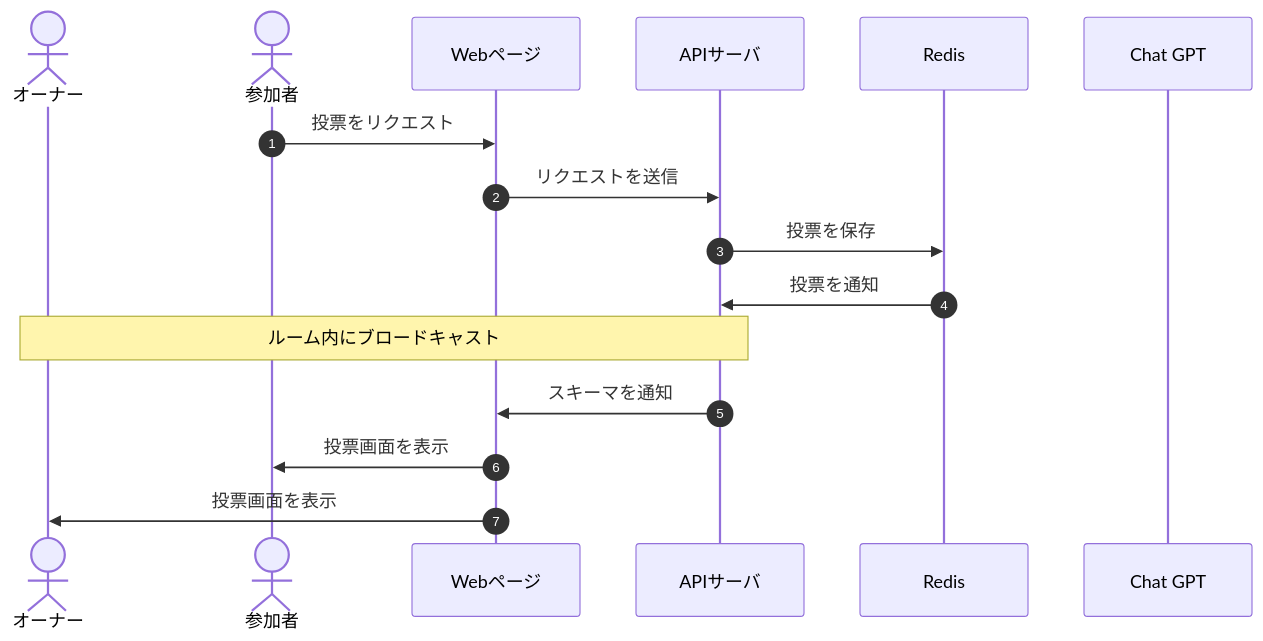
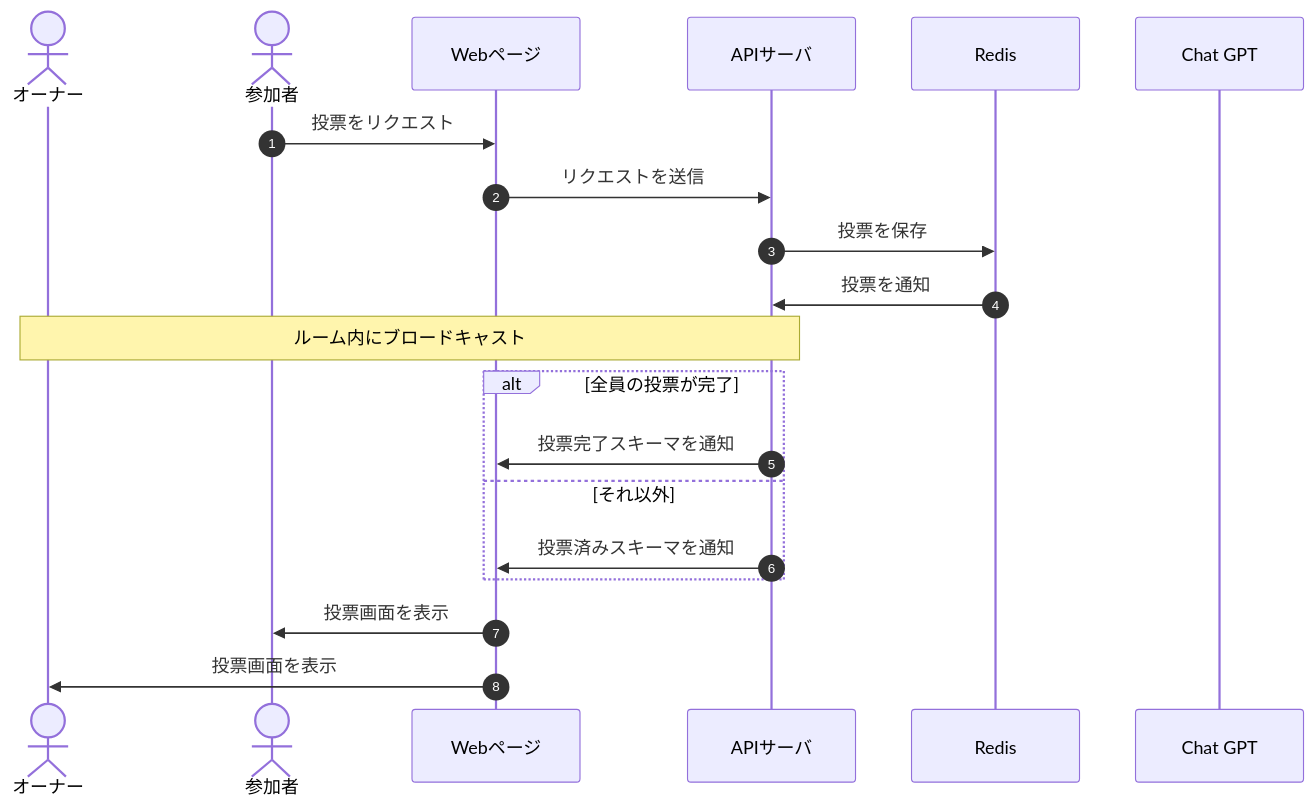
Before and after one commit to Tanakaryuki/chat_wolf: the diagram in docs/DesignDog/10_投票.md, drawn with Mermaid.

Commit message:
docs: 📄 投票完了の条件分岐を追加

````diff
--- a/docs/DesignDog/10_投票.md
+++ b/docs/DesignDog/10_投票.md
@@ -11,19 +11,23 @@
 ```mermaid
 sequenceDiagram
     autonumber
     actor owner as オーナー
     actor participants as 参加者
     participant front as Webページ
     participant api as APIサーバ
     participant db as Redis
     participant ai as Chat GPT
 
     participants->>front: 投票をリクエスト
     front->>api: リクエストを送信
     api->>db: 投票を保存
     db->>api: 投票を通知
     Note over owner,api: ルーム内にブロードキャスト
-    api->>front: スキーマを通知
+    alt 全員の投票が完了
+        api->>front: 投票完了スキーマを通知
+    else それ以外
+        api->>front: 投票済みスキーマを通知
+    end
     front->>participants: 投票画面を表示
     front->>owner: 投票画面を表示
 ```
````
